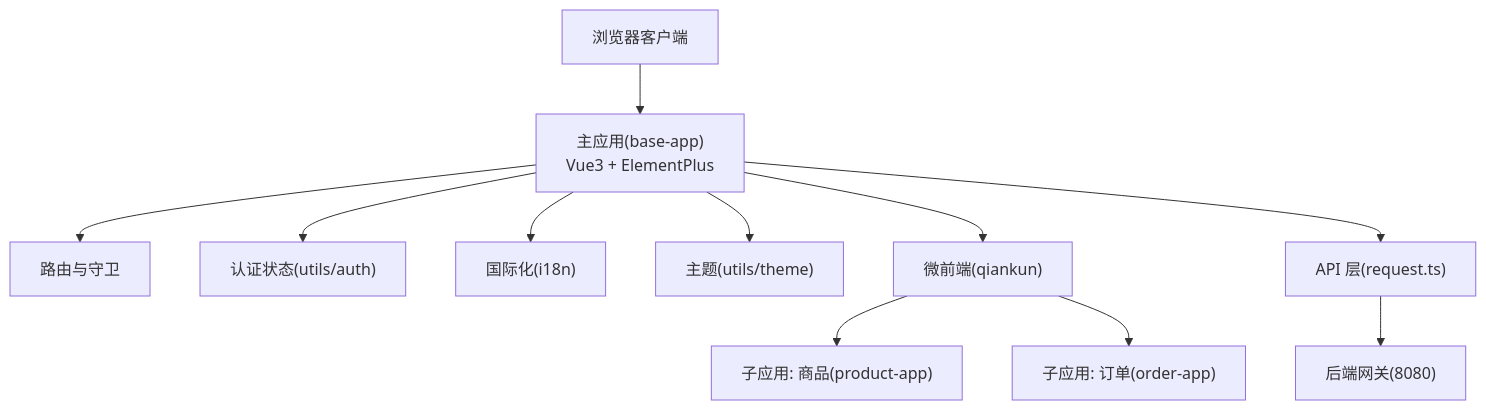
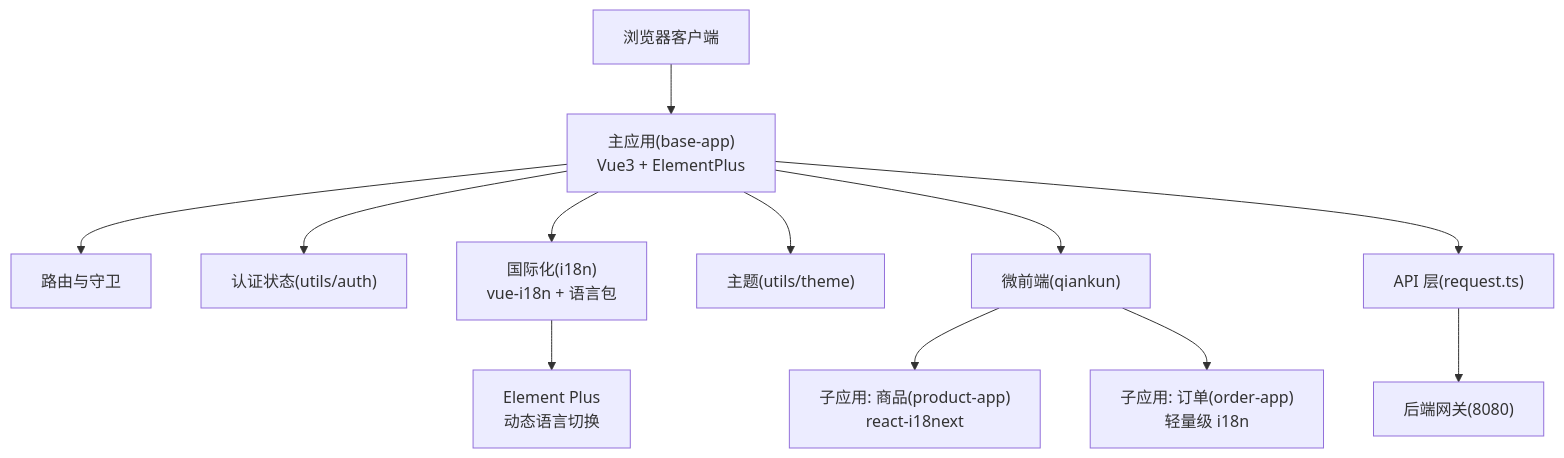
Before and after one commit to haohailiang/qoder-fullstack: the second of 9 diagrams in .qoder/repowiki/zh/content/前端架构设计/主应用(base-app).md, drawn with Mermaid. The commit also changed other lines of this file and 44 other files, not shown here.

````diff
--- a/.qoder/repowiki/zh/content/前端架构设计/主应用(base-app).md
+++ b/.qoder/repowiki/zh/content/前端架构设计/主应用(base-app).md
@@ -112,13 +141,14 @@
 ```mermaid
 graph TB
 Client["浏览器客户端"] --> Base["主应用(base-app)<br/>Vue3 + ElementPlus"]
 Base --> Router["路由与守卫"]
 Base --> Auth["认证状态(utils/auth)"]
-Base --> I18N["国际化(i18n)"]
+Base --> I18N["国际化(i18n)<br/>vue-i18n + 语言包"]
 Base --> Theme["主题(utils/theme)"]
 Base --> Micro["微前端(qiankun)"]
-Micro --> SubProduct["子应用: 商品(product-app)"]
-Micro --> SubOrder["子应用: 订单(order-app)"]
+Micro --> SubProduct["子应用: 商品(product-app)<br/>react-i18next"]
+Micro --> SubOrder["子应用: 订单(order-app)<br/>轻量级 i18n"]
 Base --> API["API 层(request.ts)"]
 API --> Gateway["后端网关(8080)"]
+I18N --> EP["Element Plus<br/>动态语言切换"]
 ```
````
